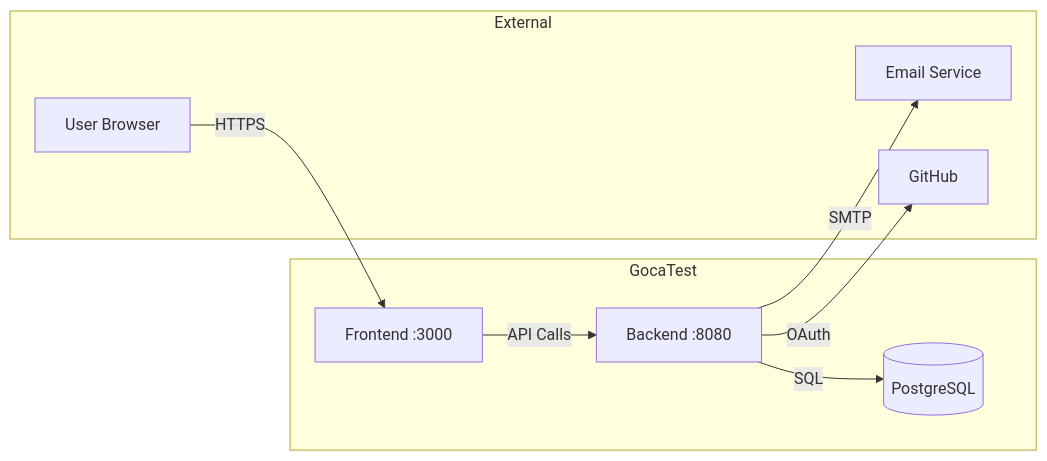
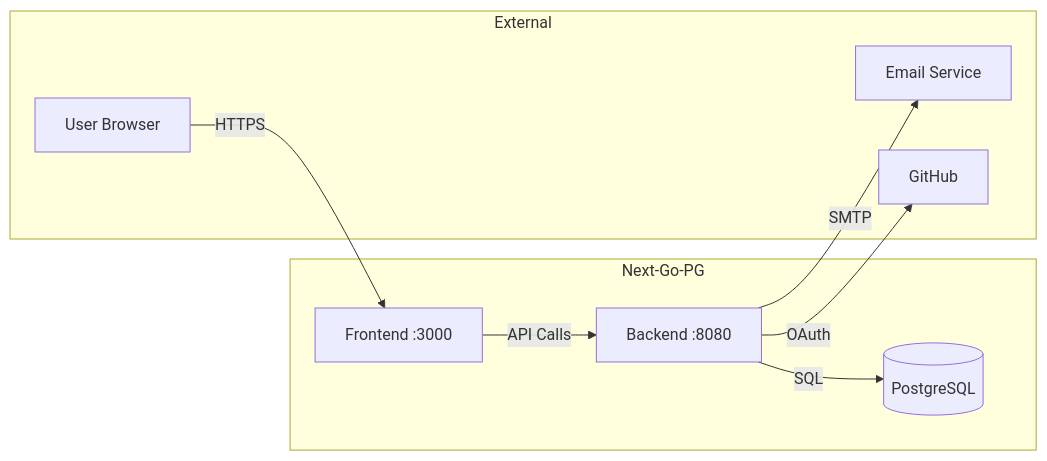
The second of 2 diagrams in .concepts/architecture/system-context.md (atilladeniz/next-go-pg), drawn with Mermaid before and after one commit. The commit also changed other lines of this file and 35 other files, not shown here.

First line of the commit message:
refactor: rename project from GocaTest to Next-Go-PG

````diff
--- a/.concepts/architecture/system-context.md
+++ b/.concepts/architecture/system-context.md
@@ -49,20 +49,20 @@
 ```mermaid
 flowchart LR
     subgraph External
         U[User Browser]
         E[Email Service]
         G[GitHub]
     end
 
-    subgraph GocaTest
+    subgraph Next-Go-PG
         F[Frontend :3000]
         B[Backend :8080]
         D[(PostgreSQL)]
     end
 
     U -->|HTTPS| F
     F -->|API Calls| B
     B -->|SQL| D
     B -->|SMTP| E
     B -->|OAuth| G
 ```
````
